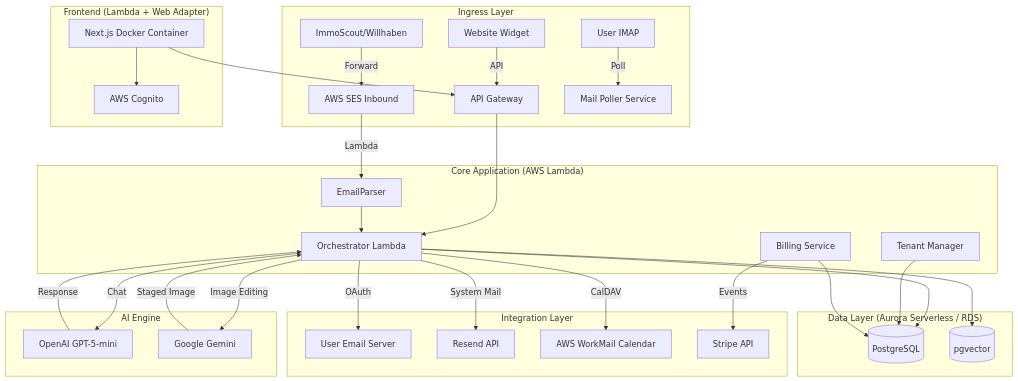
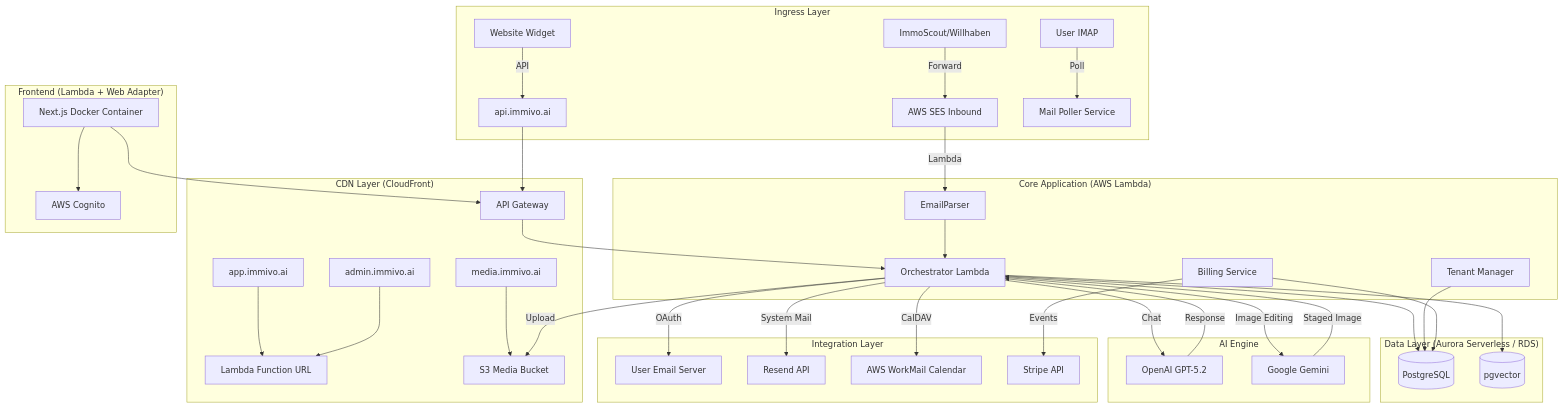
One commit to option-ai-aut/neuroconcepts changed the diagram in docs/ARCHITECTURE.md. Above: the diagram before and after it, drawn with Mermaid. The commit also changed other lines of this file and 41 other files, not shown here.

First line of the commit message:
feat: CloudFront CDN for S3 Media, remove temperature params for GPT-5 compat

````diff
--- a/docs/ARCHITECTURE.md
+++ b/docs/ARCHITECTURE.md
@@ -7,47 +7,56 @@
 ```mermaid
 graph TD
     subgraph "Ingress Layer"
         Portal[ImmoScout/Willhaben] -->|Forward| SES[AWS SES Inbound]
-        Web[Website Widget] -->|API| API[API Gateway]
+        Web[Website Widget] -->|API| CF_API
         UserMail[User IMAP] -->|Poll| Poller[Mail Poller Service]
+    end
+
+    subgraph "CDN Layer (CloudFront)"
+        CF_App[app.immivo.ai] --> FrontendUrl
+        CF_API[api.immivo.ai] --> API[API Gateway]
+        CF_Admin[admin.immivo.ai] --> FrontendUrl
+        CF_Media[media.immivo.ai] --> MediaBucket[S3 Media Bucket]
     end
 
     subgraph "Core Application (AWS Lambda)"
         API --> Orchestrator
         SES -->|Lambda| EmailParser
         EmailParser --> Orchestrator
         
         Orchestrator[Orchestrator Lambda]
         TenantMgr[Tenant Manager]
         Billing[Billing Service]
     end
 
     subgraph "Data Layer (Aurora Serverless / RDS)"
         DB[(PostgreSQL)]
         Vector[(pgvector)]
     end
 
     subgraph "AI Engine"
-        Orchestrator -->|Chat| OpenAI[OpenAI GPT-5-mini]
+        Orchestrator -->|Chat| OpenAI[OpenAI GPT-5.2]
         Orchestrator -->|Image Editing| Gemini[Google Gemini]
         OpenAI -->|Response| Orchestrator
         Gemini -->|Staged Image| Orchestrator
     end
 
     subgraph "Integration Layer"
         Orchestrator -->|OAuth| UserSMTP[User Email Server]
         Orchestrator -->|System Mail| Resend[Resend API]
         Orchestrator -->|CalDAV| WorkMail[AWS WorkMail Calendar]
         Billing -->|Events| Stripe[Stripe API]
     end
 
     subgraph "Frontend (Lambda + Web Adapter)"
+        FrontendUrl[Lambda Function URL]
         NextJS[Next.js Docker Container] --> API
         NextJS --> Cognito[AWS Cognito]
     end
 
     Orchestrator --> DB
     Orchestrator --> Vector
+    Orchestrator -->|Upload| MediaBucket
     TenantMgr --> DB
     Billing --> DB
 ```
````
